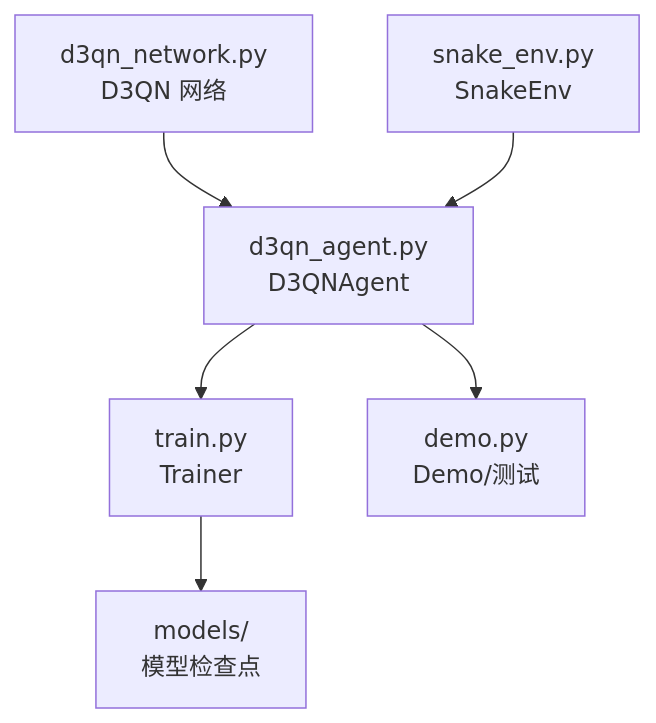
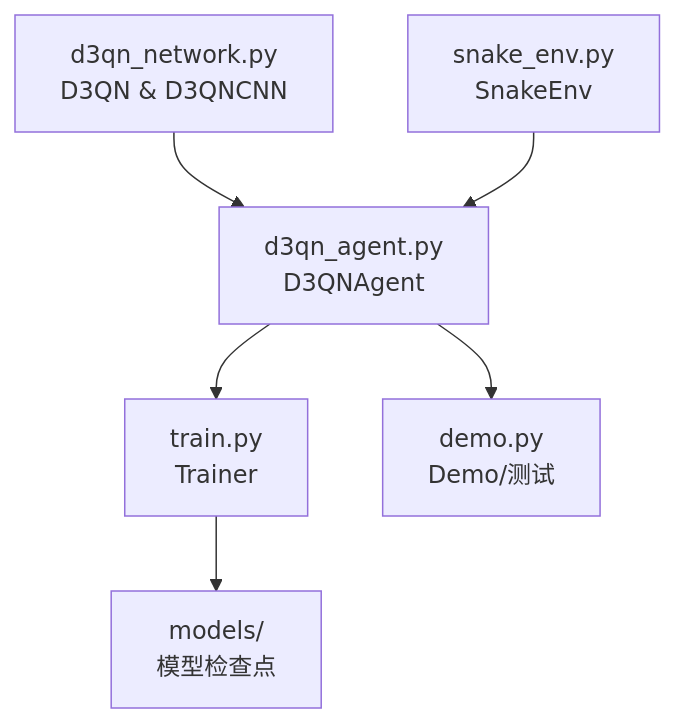
Before and after one commit to fuweiq94-cloud/3399180760000: the first of 7 diagrams in .qoder/repowiki/zh/content/D3QN算法实现/神经网络架构设计.md, drawn with Mermaid. The commit also changed other lines of this file and 75 other files, not shown here.

````diff
--- a/.qoder/repowiki/zh/content/D3QN算法实现/神经网络架构设计.md
+++ b/.qoder/repowiki/zh/content/D3QN算法实现/神经网络架构设计.md
@@ -47,8 +54,8 @@
 ```mermaid
 graph TB
-A["d3qn_network.py<br/>D3QN 网络"] --> B["d3qn_agent.py<br/>D3QNAgent"]
+A["d3qn_network.py<br/>D3QN & D3QNCNN"] --> B["d3qn_agent.py<br/>D3QNAgent"]
 C["snake_env.py<br/>SnakeEnv"] --> B
 B --> D["train.py<br/>Trainer"]
 B --> E["demo.py<br/>Demo/测试"]
 D --> F["models/<br/>模型检查点"]
 ```
````
